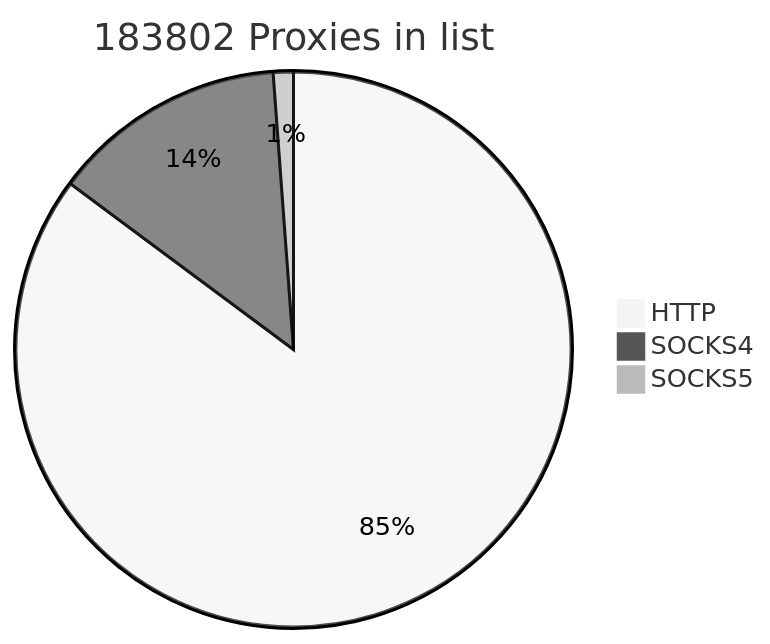
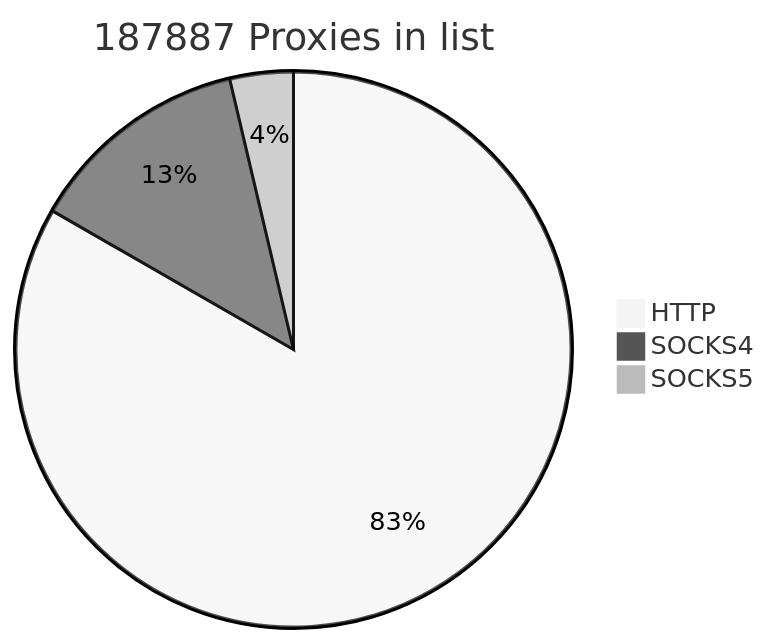
The first of 2 diagrams in README.md (cutipu/proxylist), drawn with Mermaid (neutral theme) before and after one commit. The commit also changed other lines of this file, not shown here.

````diff
--- a/README.md
+++ b/README.md
@@ -2,7 +2,7 @@
 ```mermaid
-pie title 183802 Proxies in list
-    "HTTP" : 156553
-    "SOCKS4" : 25098
-    "SOCKS5" : 2151
+pie title 187887 Proxies in list
+    "HTTP" : 156529
+    "SOCKS4" : 24430
+    "SOCKS5" : 6928
             
 ```
````
